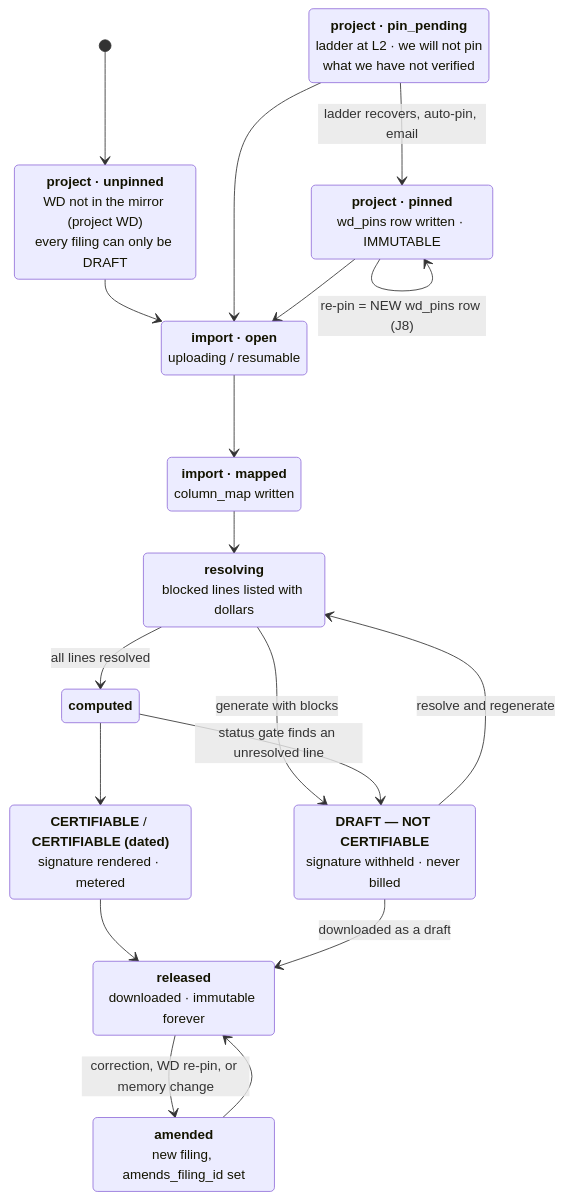
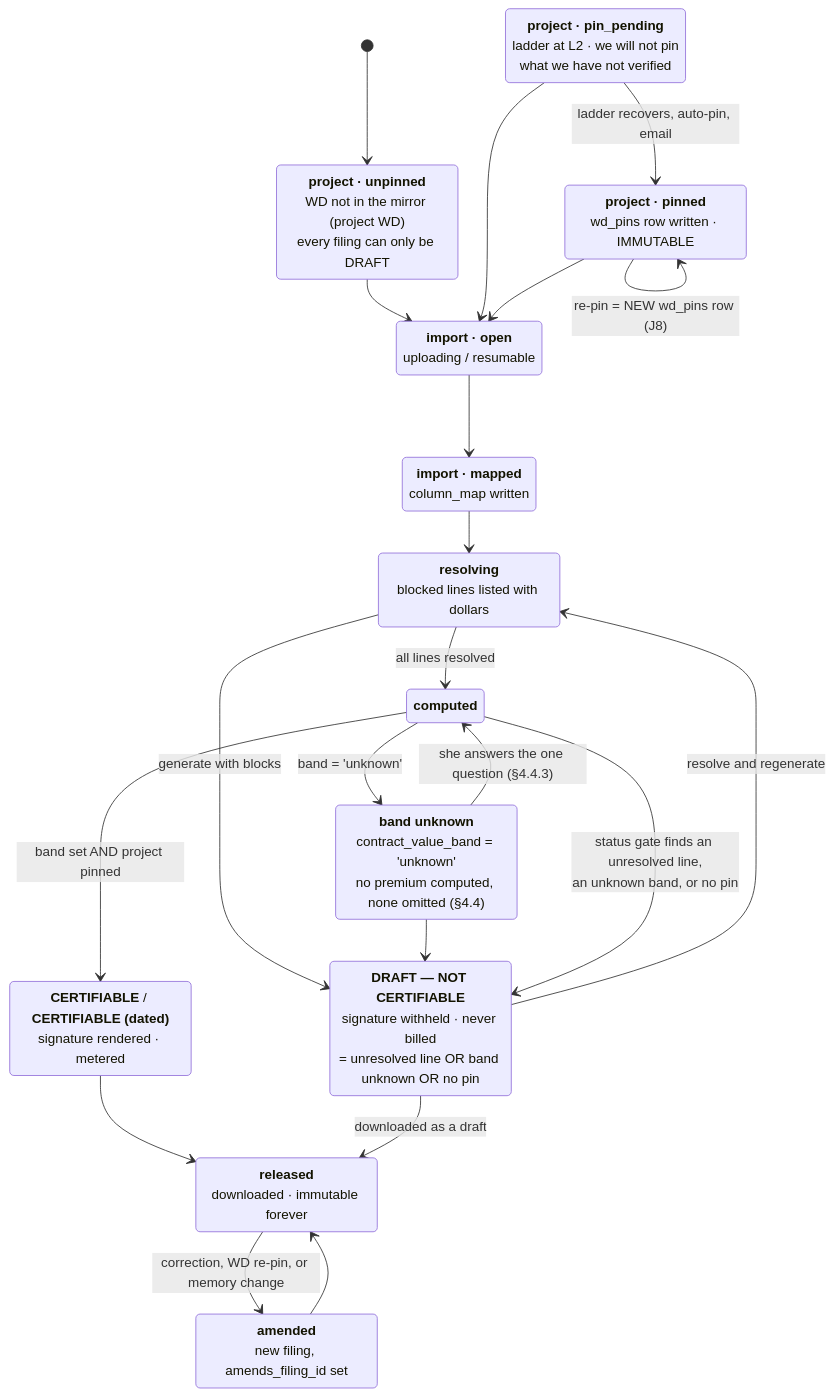
Before and after one commit to ozore/Octopus: diagram 14 of 14 in run-2/phase-2-build/architecture/USER_JOURNEY.md, drawn with Mermaid. The commit also changed other lines of this file and 8 other files, not shown here.

````diff
--- a/run-2/phase-2-build/architecture/USER_JOURNEY.md
+++ b/run-2/phase-2-build/architecture/USER_JOURNEY.md
@@ -1210,34 +1451,38 @@
 ```mermaid
 stateDiagram-v2
     direction TB
     [*] --> project_unpinned
     project_unpinned : <b>project · unpinned</b><br/>WD not in the mirror (project WD)<br/>every filing can only be DRAFT
     project_pin_pending : <b>project · pin_pending</b><br/>ladder at L2 · we will not pin<br/>what we have not verified
     project_pinned : <b>project · pinned</b><br/>wd_pins row written · IMMUTABLE
 
     import_open : <b>import · open</b><br/>uploading / resumable
     import_mapped : <b>import · mapped</b><br/>column_map written
     resolving : <b>resolving</b><br/>blocked lines listed with dollars
     computed : <b>computed</b>
-    draft : <b>DRAFT — NOT CERTIFIABLE</b><br/>signature withheld · never billed
+    band_unknown : <b>band unknown</b><br/>contract_value_band = 'unknown'<br/>no premium computed, none omitted (§4.4)
+    draft : <b>DRAFT — NOT CERTIFIABLE</b><br/>signature withheld · never billed<br/>= unresolved line OR band unknown OR no pin
     certifiable : <b>CERTIFIABLE</b> / <b>CERTIFIABLE (dated)</b><br/>signature rendered · metered
     released : <b>released</b><br/>downloaded · immutable forever
     amended : <b>amended</b><br/>new filing, amends_filing_id set
 
     project_unpinned --> import_open
     project_pin_pending --> project_pinned : ladder recovers, auto-pin, email
     project_pin_pending --> import_open
     project_pinned --> import_open
     import_open --> import_mapped
     import_mapped --> resolving
     resolving --> computed : all lines resolved
     resolving --> draft : generate with blocks
-    computed --> certifiable
-    computed --> draft : status gate finds an unresolved line
+    computed --> band_unknown : band = 'unknown'
+    band_unknown --> draft
+    band_unknown --> computed : she answers the one question (§4.4.3)
+    computed --> certifiable : band set AND project pinned
+    computed --> draft : status gate finds an unresolved line,<br/>an unknown band, or no pin
     draft --> resolving : resolve and regenerate
     certifiable --> released
     draft --> released : downloaded as a draft
     released --> amended : correction, WD re-pin, or memory change
     amended --> released
     project_pinned --> project_pinned : re-pin = NEW wd_pins row (J8)
 ```
````
